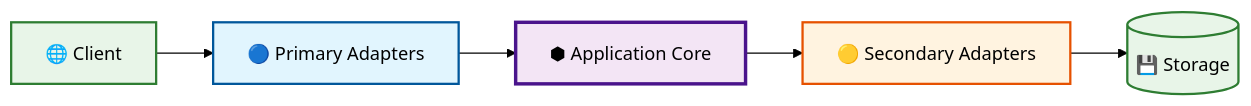
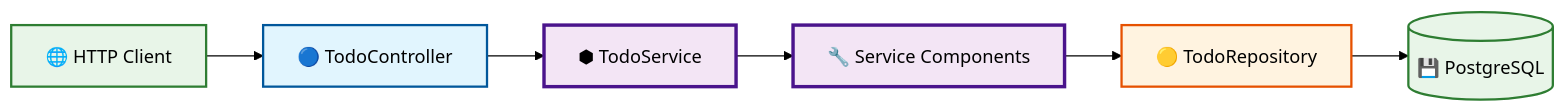
One commit to lcyin/todo-list-api changed the diagram in README.md. Above: the diagram before and after it, drawn with Mermaid (forest theme). The commit also changed other lines of this file, not shown here.

Commit message:
feat: update README to include PostgreSQL setup and testing instructions

````diff
--- a/README.md
+++ b/README.md
@@ -231,17 +364,18 @@
 ```mermaid
 graph LR
-    Client[🌐 Client] --> Primary[🔵 Primary Adapters]
-    Primary --> Core[⬢ Application Core]
-    Core --> Secondary[🟡 Secondary Adapters]
-    Secondary --> DB[(💾 Storage)]
+    Client[🌐 HTTP Client] --> Controller[🔵 TodoController]
+    Controller --> Service[⬢ TodoService]
+    Service --> Components[🔧 Service Components]
+    Components --> Repository[🟡 TodoRepository]
+    Repository --> DB[(💾 PostgreSQL)]
     
     classDef primaryAdapter fill:#e1f5fe,stroke:#01579b,stroke-width:2px
     classDef secondaryAdapter fill:#fff3e0,stroke:#e65100,stroke-width:2px
     classDef core fill:#f3e5f5,stroke:#4a148c,stroke-width:3px
     classDef external fill:#e8f5e8,stroke:#2e7d32,stroke-width:2px
     
-    class Primary primaryAdapter
-    class Secondary secondaryAdapter
-    class Core core
+    class Controller primaryAdapter
+    class Repository secondaryAdapter
+    class Service,Components core
     class Client,DB external
 ```
````
